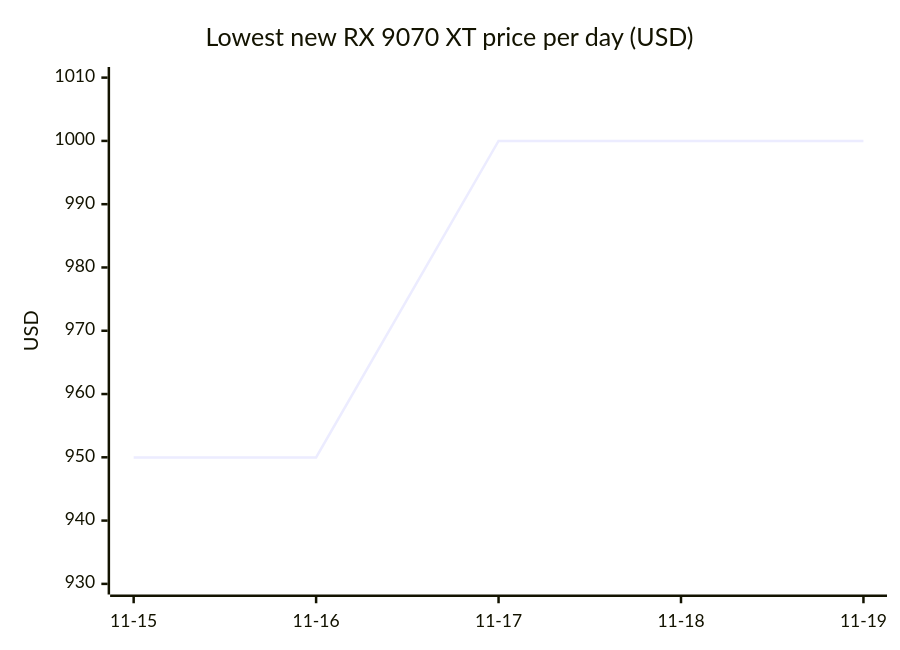
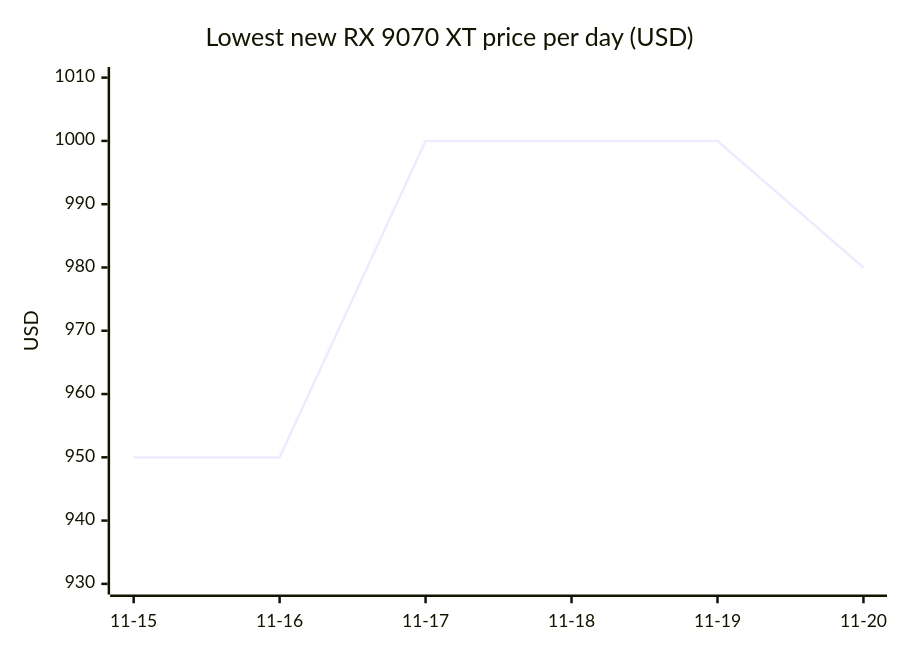
Before and after one commit to 7324136828/4tb_ssd_price_watch: diagram 11 of 18 in README.md, drawn with Mermaid. The commit also changed other lines of this file, not shown here.

````diff
--- a/README.md
+++ b/README.md
@@ -944,7 +996,7 @@
 ```mermaid
 xychart-beta
     title "Lowest new RX 9070 XT price per day (USD)"
-    x-axis ["11-15", "11-16", "11-17", "11-18", "11-19"]
+    x-axis ["11-15", "11-16", "11-17", "11-18", "11-19", "11-20"]
     y-axis "USD" 930 --> 1010
-    line [949.99, 949.99, 999.99, 999.99, 999.99]
+    line [949.99, 949.99, 999.99, 999.99, 999.99, 979.99]
 ```
````
